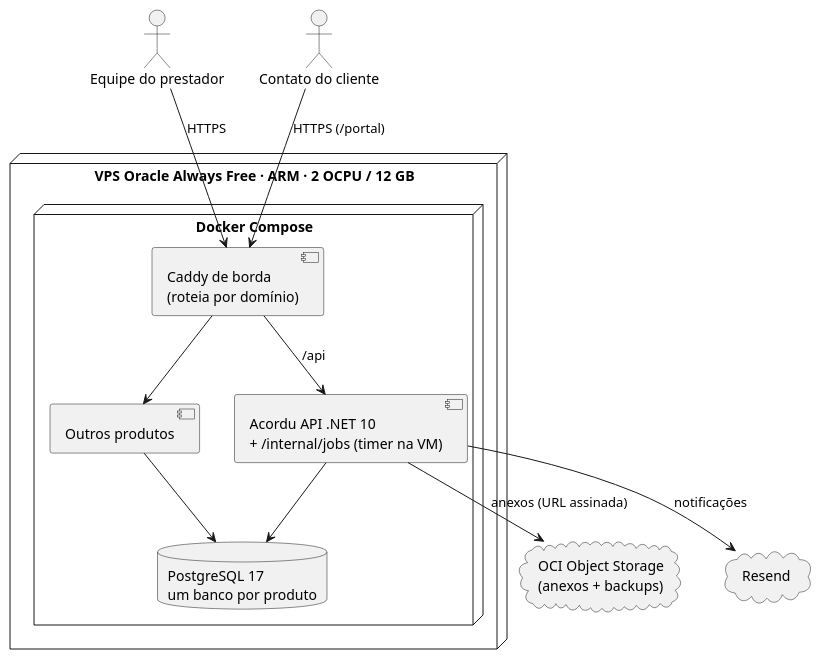
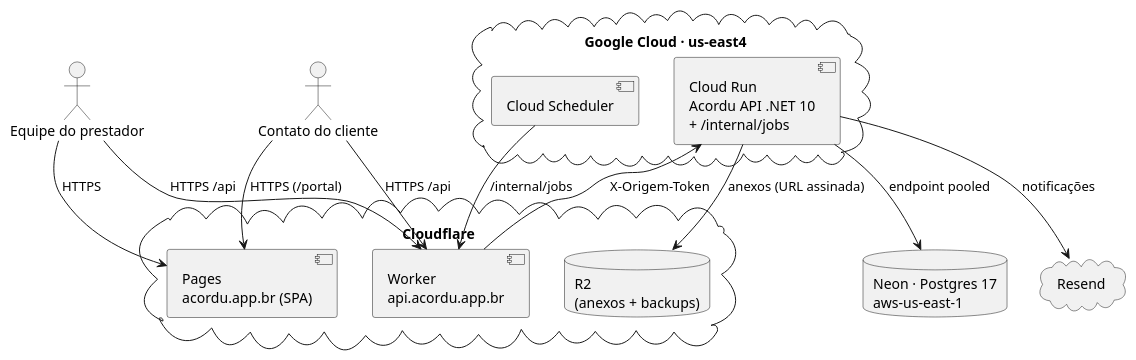
Before and after one commit to dansantxs/Acordu: the third of 4 diagrams in docs/ers/ERS-acordu-v1.md, drawn with PlantUML. The commit also changed other lines of this file and 6 other files, not shown here.

First line of the commit message:
docs: deploy, runbook, ERS e segurança para Cloud Run + Neon + Cloudflare

````diff
--- a/docs/ers/ERS-acordu-v1.md
+++ b/docs/ers/ERS-acordu-v1.md
@@ -523,26 +523,27 @@
 ```plantuml
 @startuml
 actor "Equipe do prestador" as eq
 actor "Contato do cliente" as ct
-cloud "OCI Object Storage\n(anexos + backups)" as oss
+cloud "Cloudflare" {
+  component "Pages\nacordu.app.br (SPA)" as spa
+  component "Worker\napi.acordu.app.br" as borda
+  database "R2\n(anexos + backups)" as r2
+}
+cloud "Google Cloud · us-east4" {
+  component "Cloud Run\nAcordu API .NET 10\n+ /internal/jobs" as api
+  component "Cloud Scheduler" as sched
+}
+database "Neon · Postgres 17\naws-us-east-1" as pg
 cloud "Resend" as mail
 
-node "VPS Oracle Always Free · ARM · 2 OCPU / 12 GB" {
-  node "Docker Compose" {
-    component "Caddy de borda\n(roteia por domínio)" as caddy
-    component "Acordu API .NET 10\n+ /internal/jobs (timer na VM)" as api
-    component "Outros produtos" as outros
-    database "PostgreSQL 17\num banco por produto" as pg
-  }
-}
-
-eq --> caddy : HTTPS
-ct --> caddy : HTTPS (/portal)
-caddy --> api : /api
-caddy --> outros
-api --> pg
-outros --> pg
-api --> oss : anexos (URL assinada)
+eq --> spa : HTTPS
+ct --> spa : HTTPS (/portal)
+eq --> borda : HTTPS /api
+ct --> borda : HTTPS /api
+borda --> api : X-Origem-Token
+sched --> borda : /internal/jobs
+api --> pg : endpoint pooled
+api --> r2 : anexos (URL assinada)
 api --> mail : notificações
 @enduml
 ```
````
